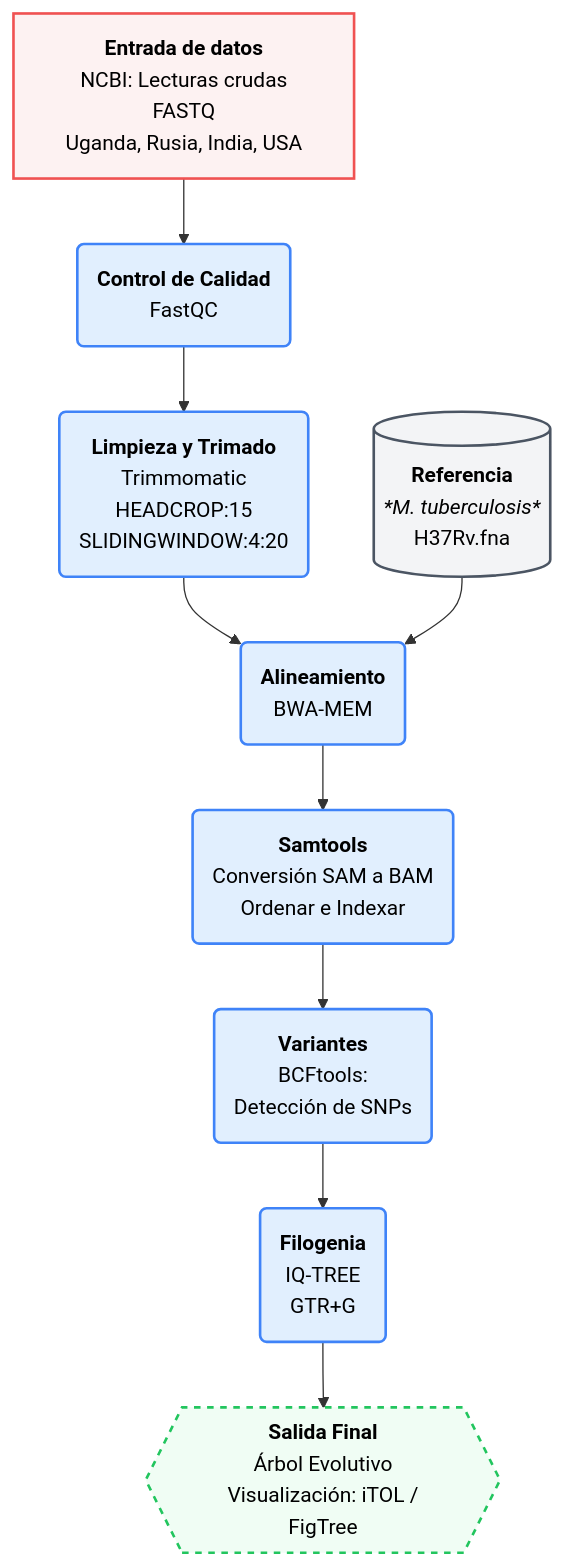
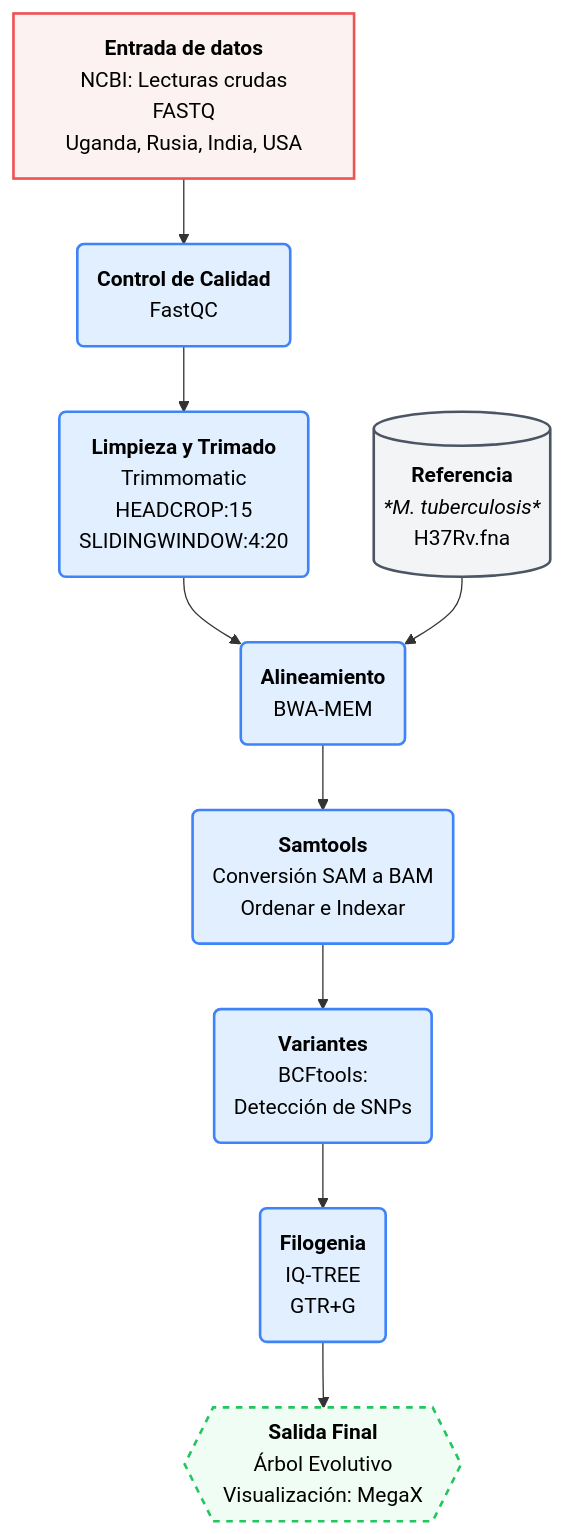
Before and after one commit to lauraperezm2912/MBM_G2: the diagram in README.md, drawn with Mermaid.

````diff
--- a/README.md
+++ b/README.md
@@ -21,38 +21,38 @@
 ```mermaid
 graph TB
     %% Definición de Estilos (Tus colores originales)
     classDef input fill:#fdf2f2,stroke:#f05252,stroke-width:2px,color:#000;
     classDef process fill:#e1effe,stroke:#3f83f8,stroke-width:2px,color:#000;
     classDef reference fill:#f3f4f6,stroke:#4b5563,stroke-width:2px,color:#000;
     classDef output fill:#f0fdf4,stroke:#22c55e,stroke-width:2px,color:#000,stroke-dasharray: 5 5;
 
     %% Nivel 1: Entrada
     Raw[<b>Entrada de datos</b><br/> NCBI: Lecturas crudas FASTQ<br/>Uganda, Rusia, India, USA]:::input
 
     %% Nivel 2: Calidad
     FQC(<b>Control de Calidad</b><br/>FastQC):::process
     Trim(<b>Limpieza y Trimado</b><br/>Trimmomatic<br/>HEADCROP:15<br/>SLIDINGWINDOW:4:20):::process
 
     %% Nivel 3: Alineamiento
     Ref[(<b>Referencia</b><br/><i>*M. tuberculosis*</i><br/>H37Rv.fna)]:::reference
     Map(<b>Alineamiento</b><br/>BWA-MEM):::process
 
     %% Nivel 4: Post-procesamiento
     SAM(<b>Samtools</b><br/> Conversión SAM a BAM<br/>Ordenar e Indexar):::process
     VCF(<b>Variantes</b><br/>BCFtools:<br/>Detección de SNPs):::process
 
     %% Nivel 5: Resultado
     Phylo(<b>Filogenia</b><br/>IQ-TREE<br/>GTR+G):::process
-    Tree{{<b>Salida Final</b><br/>Árbol Evolutivo<br/> Visualización: iTOL / FigTree}}:::output
+    Tree{{<b>Salida Final</b><br/>Árbol Evolutivo<br/> Visualización: MegaX}}:::output
 
     %% Flujo Vertical
     Raw --> FQC
     FQC --> Trim
     Trim --> Map
     Ref --> Map
     Map --> SAM
     SAM --> VCF
     VCF --> Phylo
     Phylo --> Tree  
    
 ```
````
